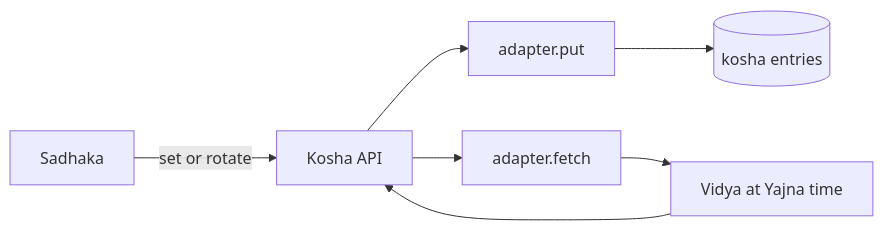
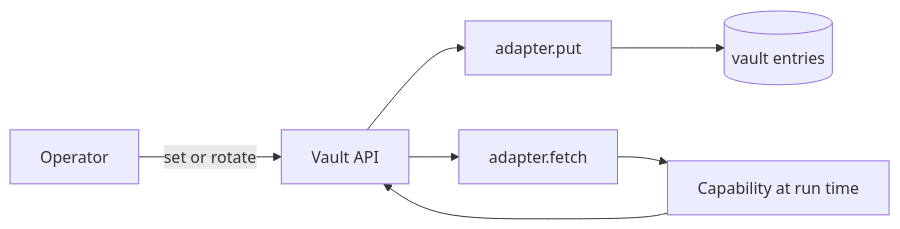
The fifth of 5 diagrams in documentation/src/03-Backend-Architecture.md (so-weak/Aakaar), drawn with Mermaid before and after one commit. The commit also changed other lines of this file and 23 other files, not shown here.

````diff
--- a/documentation/src/03-Backend-Architecture.md
+++ b/documentation/src/03-Backend-Architecture.md
@@ -207,9 +204,9 @@
 ```mermaid
 flowchart LR
-  OP["Sadhaka"] -->|"set or rotate"| API["Kosha API"]
+  OP["Operator"] -->|"set or rotate"| API["Vault API"]
   API --> WR["adapter.put"]
-  WR --> DB[("kosha entries")]
-  CAP["Vidya at Yajna time"] --> API
+  WR --> DB[("vault entries")]
+  CAP["Capability at run time"] --> API
   API --> RD["adapter.fetch"]
   RD --> CAP
 ```
````
